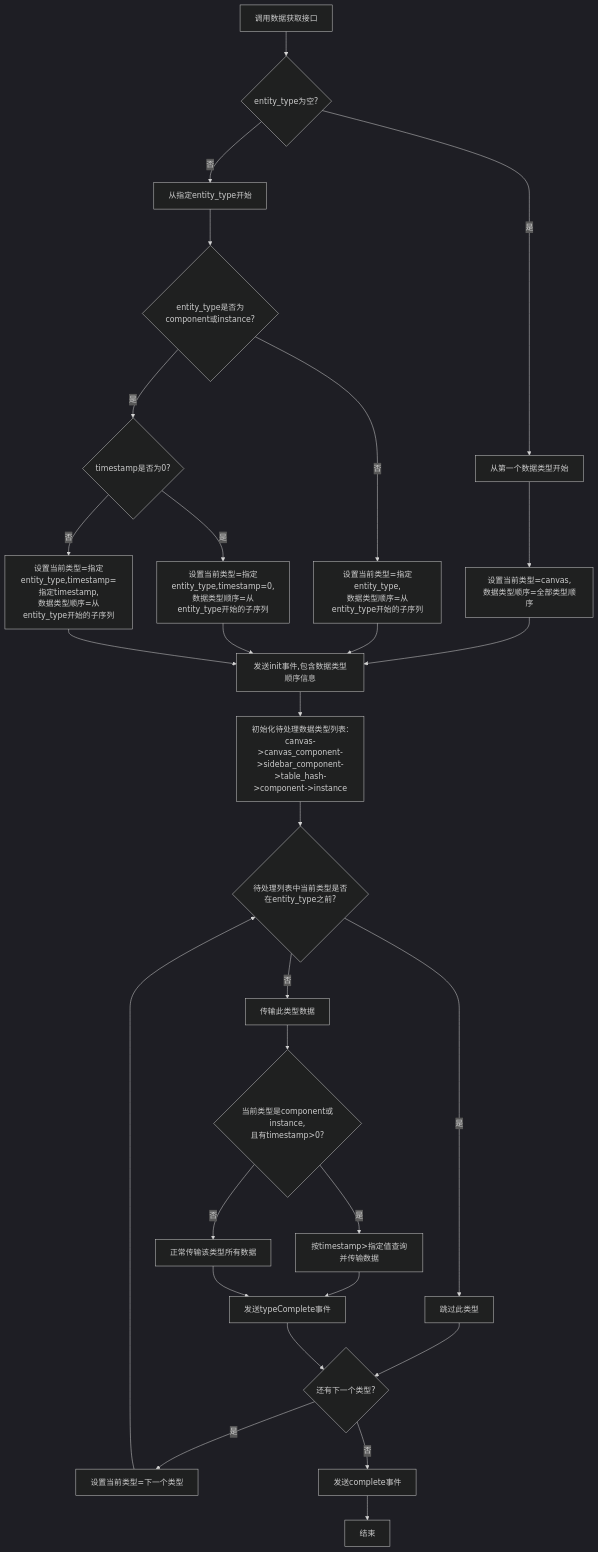
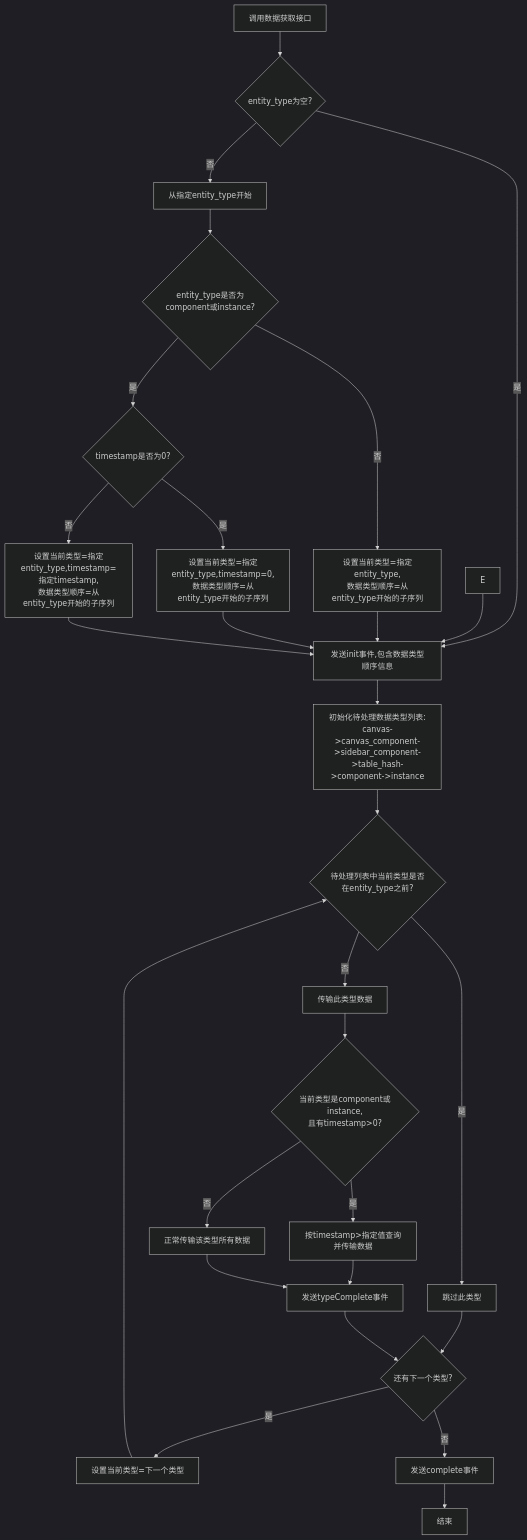
One commit to yingjianzh/iodraw-files changed the diagram in all/未命名-59.md. Above: the diagram before and after it, drawn with Mermaid (dark theme).

Commit message:
2025-05-14 15:39:19 update

````diff
--- a/all/未命名-59.md
+++ b/all/未命名-59.md
@@ -1,42 +1,41 @@
 ```mermaid
 flowchart TD
     A[调用数据获取接口] --> B{entity_type为空?}
 
-    B -->|是| C[从第一个数据类型开始]
+    B -->|是| K
     B -->|否| D[从指定entity_type开始]
     
-    C --> E[设置当前类型=canvas,\n数据类型顺序=全部类型顺序]
     D --> F{entity_type是否为component或instance?}
     
     F -->|否| G[设置当前类型=指定entity_type,\n数据类型顺序=从entity_type开始的子序列]
     F -->|是| H{timestamp是否为0?}
     
     H -->|是| I[设置当前类型=指定entity_type,timestamp=0,\n数据类型顺序=从entity_type开始的子序列]
     H -->|否| J[设置当前类型=指定entity_type,timestamp=指定timestamp,\n数据类型顺序=从entity_type开始的子序列]
     
     E --> K[发送init事件,包含数据类型顺序信息]
     G --> K
     I --> K
     J --> K
     
     K --> L[初始化待处理数据类型列表:\ncanvas->canvas_component->sidebar_component->table_hash->component->instance]
     
     L --> M{待处理列表中当前类型是否在entity_type之前?}
     M -->|是| N[跳过此类型]
     M -->|否| O[传输此类型数据]
     
     O --> P{当前类型是component或instance,\n且有timestamp>0?}
     P -->|是| Q[按timestamp>指定值查询并传输数据]
     P -->|否| R[正常传输该类型所有数据]
     
     Q --> S[发送typeComplete事件]
     R --> S
     N --> T{还有下一个类型?}
     S --> T
     
     T -->|是| U[设置当前类型=下一个类型]
     T -->|否| V[发送complete事件]
     
     U --> M
     V --> W[结束]
 ```
````
